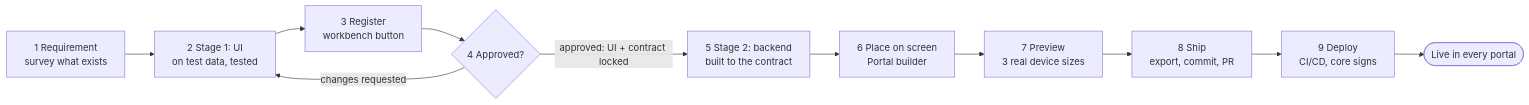
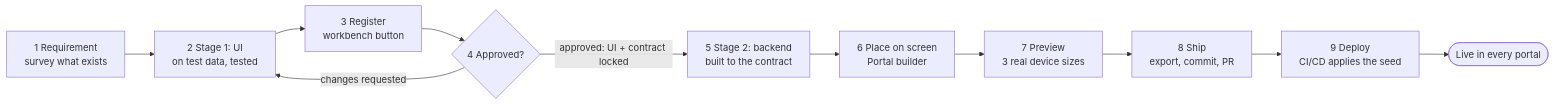
One commit to arunsoman/FinancialServicesPlatform changed the diagram in docs/widget-workflow.md. Above: the diagram before and after it, drawn with Mermaid. The commit also changed other lines of this file and 67 other files, not shown here.

````diff
--- a/docs/widget-workflow.md
+++ b/docs/widget-workflow.md
@@ -6,13 +6,13 @@
 ```mermaid
 flowchart LR
   S1["1 Requirement<br/>survey what exists"] --> S2["2 Stage 1: UI<br/>on test data, tested"]
   S2 --> S3["3 Register<br/>workbench button"]
   S3 --> S4{"4 Approved?"}
   S4 -- "changes requested" --> S2
   S4 -- "approved: UI + contract locked" --> S5["5 Stage 2: backend<br/>built to the contract"]
   S5 --> S6["6 Place on screen<br/>Portal builder"]
   S6 --> S7["7 Preview<br/>3 real device sizes"]
   S7 --> S8["8 Ship<br/>export, commit, PR"]
-  S8 --> S9["9 Deploy<br/>CI/CD, core signs"]
+  S8 --> S9["9 Deploy<br/>CI/CD applies the seed"]
   S9 --> LIVE(["Live in every portal"])
 ```
````
